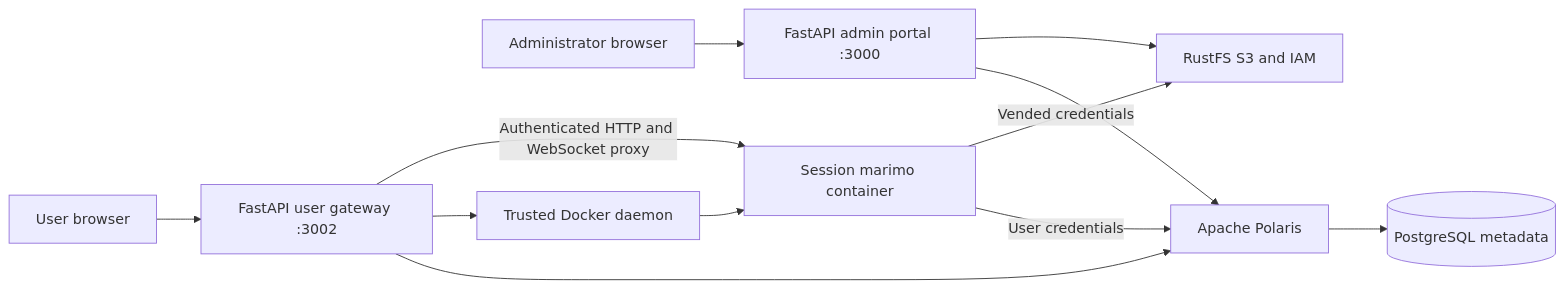
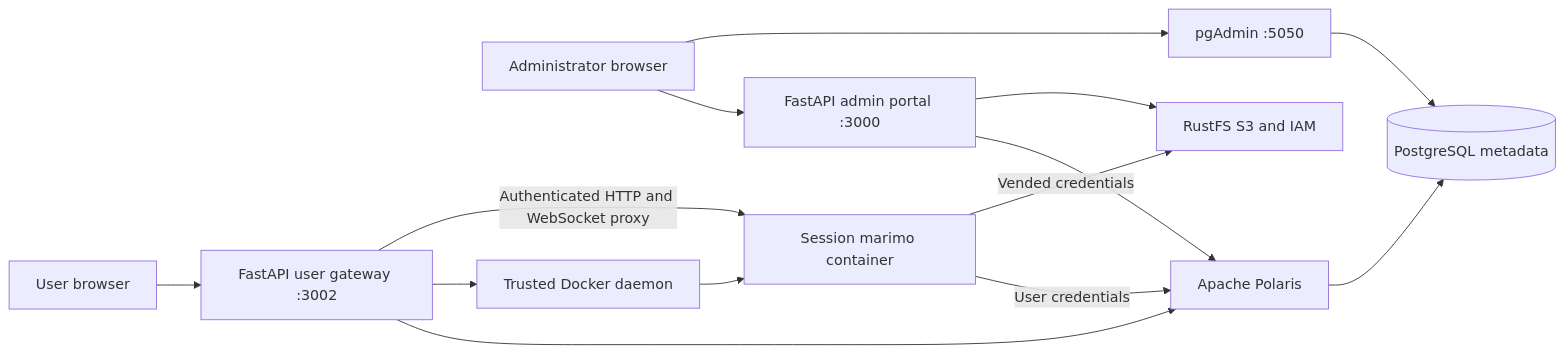
One commit to sanderdw/iceberg-data-platform changed the diagram in docs/architecture.md. Above: the diagram before and after it, drawn with Mermaid. The commit also changed other lines of this file and 25 other files, not shown here.

````diff
--- a/docs/architecture.md
+++ b/docs/architecture.md
@@ -3,14 +3,16 @@
 ```mermaid
 flowchart LR
     Admin[Administrator browser] --> AdminAPI[FastAPI admin portal :3000]
+    Admin --> PgAdmin[pgAdmin :5050]
+    PgAdmin --> Postgres
     User[User browser] --> UserAPI[FastAPI user gateway :3002]
     AdminAPI --> Polaris[Apache Polaris]
     AdminAPI --> Storage[RustFS S3 and IAM]
     UserAPI --> Polaris
     UserAPI --> Docker[Trusted Docker daemon]
     Docker --> Notebook[Session marimo container]
     UserAPI -->|Authenticated HTTP and WebSocket proxy| Notebook
     Notebook -->|User credentials| Polaris
     Notebook -->|Vended credentials| Storage
     Polaris --> Postgres[(PostgreSQL metadata)]
 ```
````
